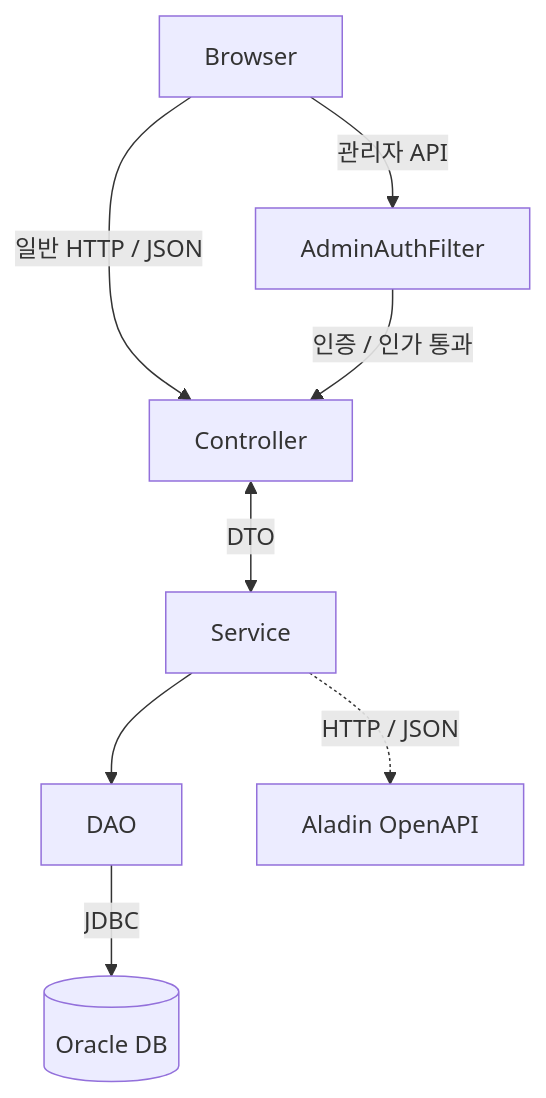
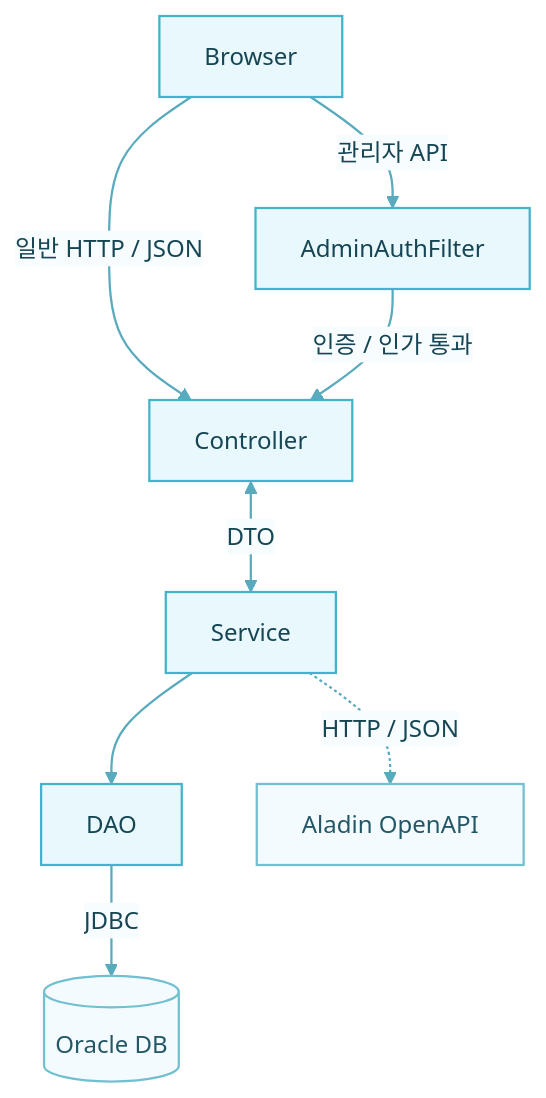
The diagram in README.md (ahnjh97/BookMate), drawn with Mermaid before and after one commit.

Commit message:
docs: 아키텍처 다이어그램 색상 개선
- GitHub Mermaid 노드를 밝은 하늘색 계열로 통일
- 연결선과 테두리를 청록색으로 조정해 계층 흐름을 강조
- 연결선 라벨 배경을 밝게 변경해 웹 가독성을 개선

````diff
--- a/README.md
+++ b/README.md
@@ -51,18 +51,25 @@
 ```mermaid
+%%{init: {"theme": "base", "themeVariables": {"background": "#ffffff", "primaryColor": "#e8f8fc", "primaryTextColor": "#164653", "primaryBorderColor": "#42b3ca", "lineColor": "#5aaabd", "secondaryColor": "#f2fbfe", "tertiaryColor": "#ffffff", "edgeLabelBackground": "#f7fcfe", "fontFamily": "Arial, sans-serif"}}}%%
 flowchart TB
     B[Browser]
     F[AdminAuthFilter]
     C[Controller]
     S[Service]
     D[DAO]
     O[(Oracle DB)]
     A[Aladin OpenAPI]
 
     B -->|일반 HTTP / JSON| C
     B -->|관리자 API| F
     F -->|인증 / 인가 통과| C
     C <-->|DTO| S
     S --> D
     D -->|JDBC| O
     S -.->|HTTP / JSON| A
+
+    classDef application fill:#e8f8fc,stroke:#42b3ca,color:#164653,stroke-width:1.5px
+    classDef resource fill:#f3fbfe,stroke:#72bfd0,color:#245766,stroke-width:1.5px
+    class B,F,C,S,D application
+    class O,A resource
+    linkStyle default stroke:#5aaabd,stroke-width:1.5px
 ```
````
